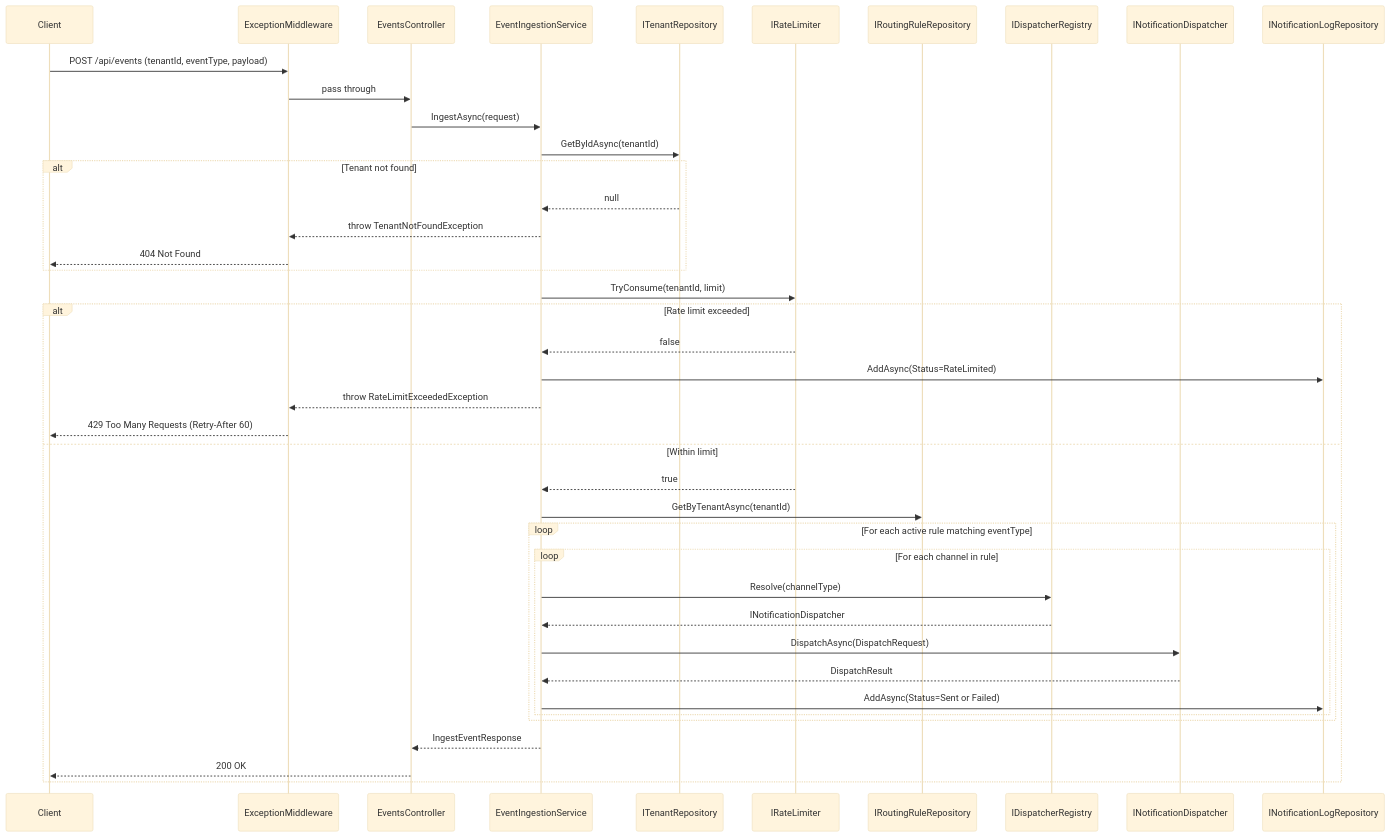
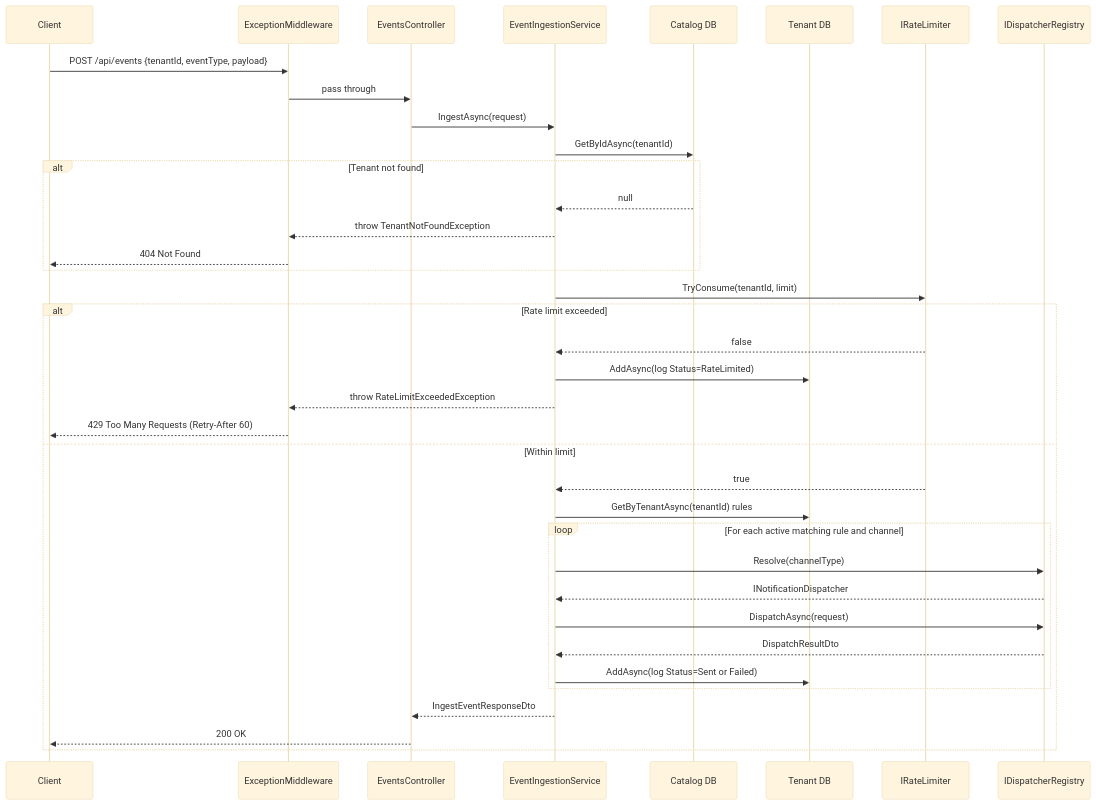
The sixth of 6 diagrams in ARCHITECTURE.md (joelburke/multitenant-notifier), drawn with Mermaid (base theme) before and after one commit. The commit also changed other lines of this file and 4 other files, not shown here.

````diff
--- a/ARCHITECTURE.md
+++ b/ARCHITECTURE.md
@@ -338,44 +329,42 @@
 ```mermaid
 sequenceDiagram
     participant Client
     participant ExceptionMiddleware
     participant EventsController
     participant EventIngestionService
-    participant ITenantRepository
+    participant CatalogDB as Catalog DB
+    participant TenantDB as Tenant DB
     participant IRateLimiter
-    participant IRoutingRuleRepository
     participant IDispatcherRegistry
-    participant INotificationDispatcher
-    participant INotificationLogRepository
 
-    Client->>ExceptionMiddleware: POST /api/events (tenantId, eventType, payload)
+    Client->>ExceptionMiddleware: POST /api/events {tenantId, eventType, payload}
     ExceptionMiddleware->>EventsController: pass through
     EventsController->>EventIngestionService: IngestAsync(request)
-    EventIngestionService->>ITenantRepository: GetByIdAsync(tenantId)
+
+    EventIngestionService->>CatalogDB: GetByIdAsync(tenantId)
     alt Tenant not found
-        ITenantRepository-->>EventIngestionService: null
+        CatalogDB-->>EventIngestionService: null
         EventIngestionService-->>ExceptionMiddleware: throw TenantNotFoundException
         ExceptionMiddleware-->>Client: 404 Not Found
     end
+
     EventIngestionService->>IRateLimiter: TryConsume(tenantId, limit)
     alt Rate limit exceeded
         IRateLimiter-->>EventIngestionService: false
-        EventIngestionService->>INotificationLogRepository: AddAsync(Status=RateLimited)
+        EventIngestionService->>TenantDB: AddAsync(log Status=RateLimited)
         EventIngestionService-->>ExceptionMiddleware: throw RateLimitExceededException
         ExceptionMiddleware-->>Client: 429 Too Many Requests (Retry-After 60)
     else Within limit
         IRateLimiter-->>EventIngestionService: true
-        EventIngestionService->>IRoutingRuleRepository: GetByTenantAsync(tenantId)
-        loop For each active rule matching eventType
-            loop For each channel in rule
-                EventIngestionService->>IDispatcherRegistry: Resolve(channelType)
-                IDispatcherRegistry-->>EventIngestionService: INotificationDispatcher
-                EventIngestionService->>INotificationDispatcher: DispatchAsync(DispatchRequest)
-                INotificationDispatcher-->>EventIngestionService: DispatchResult
-                EventIngestionService->>INotificationLogRepository: AddAsync(Status=Sent or Failed)
-            end
+        EventIngestionService->>TenantDB: GetByTenantAsync(tenantId) rules
+        loop For each active matching rule and channel
+            EventIngestionService->>IDispatcherRegistry: Resolve(channelType)
+            IDispatcherRegistry-->>EventIngestionService: INotificationDispatcher
+            EventIngestionService->>IDispatcherRegistry: DispatchAsync(request)
+            IDispatcherRegistry-->>EventIngestionService: DispatchResultDto
+            EventIngestionService->>TenantDB: AddAsync(log Status=Sent or Failed)
         end
-        EventIngestionService-->>EventsController: IngestEventResponse
+        EventIngestionService-->>EventsController: IngestEventResponseDto
         EventsController-->>Client: 200 OK
     end
 ```
````
